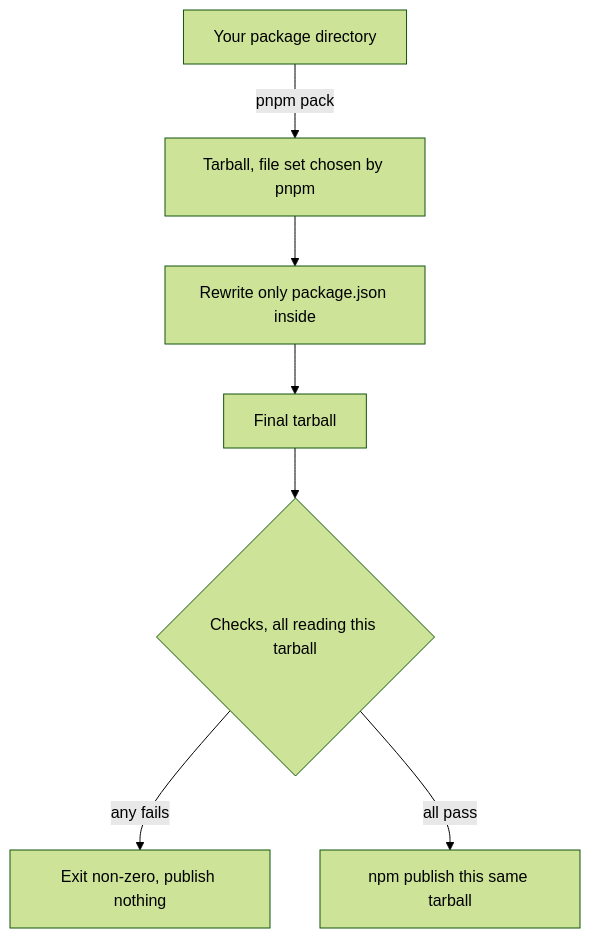
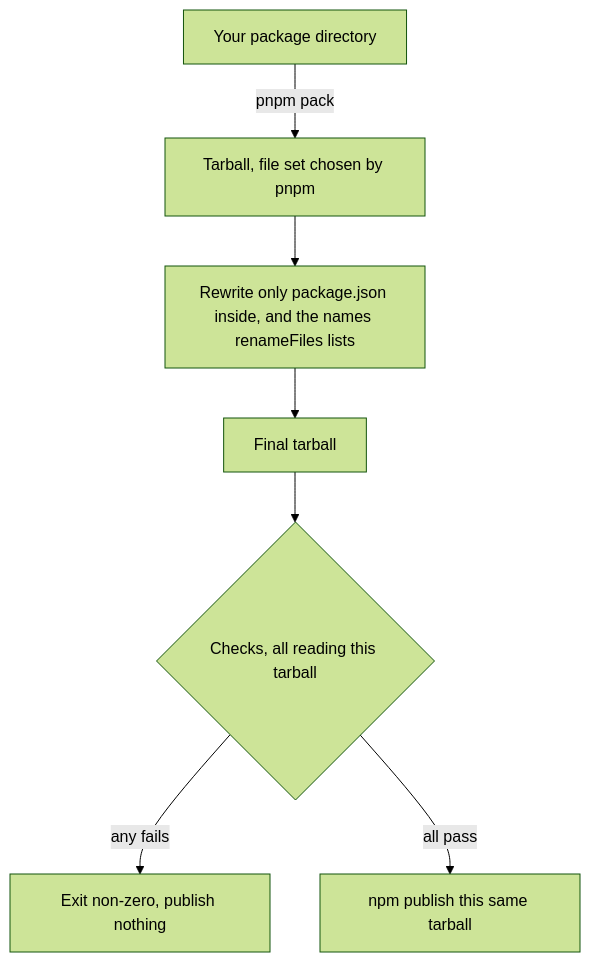
The diagram in README.md (Anizoptera/publish-clean), drawn with Mermaid (forest theme) before and after one commit. The commit also changed other lines of this file and 12 other files, not shown here.

````diff
--- a/README.md
+++ b/README.md
@@ -324,9 +324,9 @@
 ```mermaid
 flowchart TD
   A[Your package directory] -->|pnpm pack| B[Tarball, file set chosen by pnpm]
-  B --> C[Rewrite only package.json inside]
+  B --> C[Rewrite only package.json inside, and the names renameFiles lists]
   C --> D[Final tarball]
   D --> E{Checks, all reading this tarball}
   E -->|any fails| F[Exit non-zero, publish nothing]
   E -->|all pass| G[npm publish this same tarball]
 ```
````
